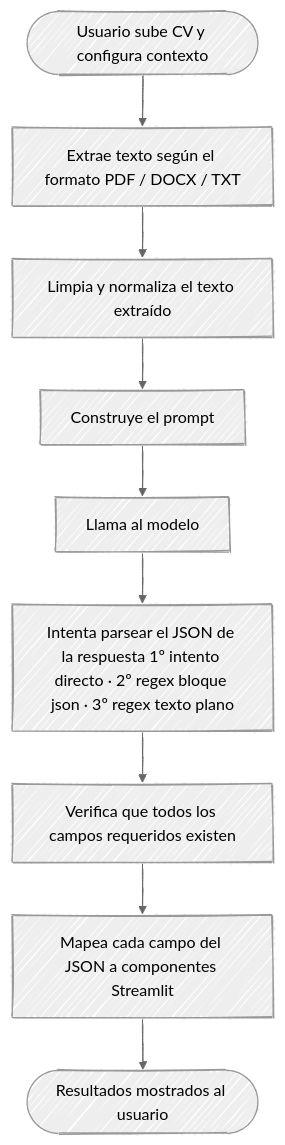
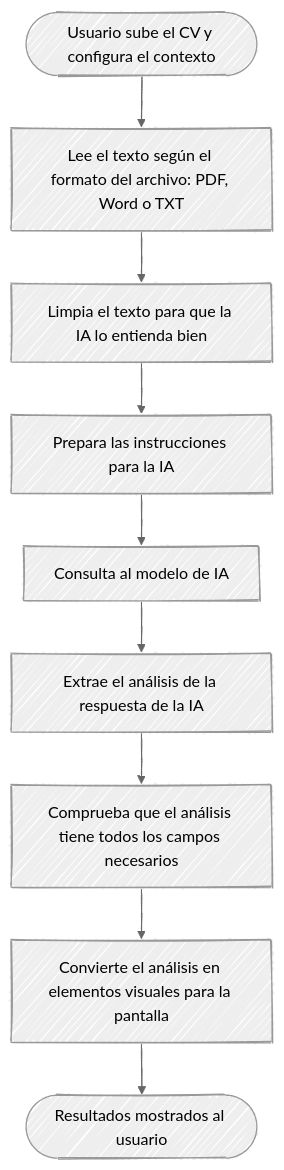
The third of 3 diagrams in doc.md (jamarcas1984/cv-assistant-ai), drawn with Mermaid before and after one commit. The commit also changed other lines of this file and 1 other file, not shown here.

````diff
--- a/doc.md
+++ b/doc.md
@@ -205,17 +202,17 @@
 ```mermaid
 ---
 config:
   look: handDrawn
   theme: neutral
 ---
 flowchart TD
-    S([Usuario sube CV y configura contexto])
-    S --> A["Extrae texto según el formato PDF / DOCX / TXT"]
-    A --> B["Limpia y normaliza el texto extraído"]
-    B --> C["Construye el prompt"]
-    C --> D["Llama al modelo"]
-    D --> E["Intenta parsear el JSON de la respuesta 1º intento directo · 2º regex bloque json · 3º regex texto plano"]
-    E --> F["Verifica que todos los campos requeridos existen"]
-    F --> G["Mapea cada campo del JSON a componentes Streamlit"]
+    S([Usuario sube el CV y configura el contexto])
+    S --> A[Lee el texto según el formato del archivo: PDF, Word o TXT]
+    A --> B[Limpia el texto para que la IA lo entienda bien]
+    B --> C[Prepara las instrucciones para la IA]
+    C --> D[Consulta al modelo de IA]
+    D --> E[Extrae el análisis de la respuesta de la IA]
+    E --> F[Comprueba que el análisis tiene todos los campos necesarios]
+    F --> G[Convierte el análisis en elementos visuales para la pantalla]
     G --> Z([Resultados mostrados al usuario])
 ```
````
